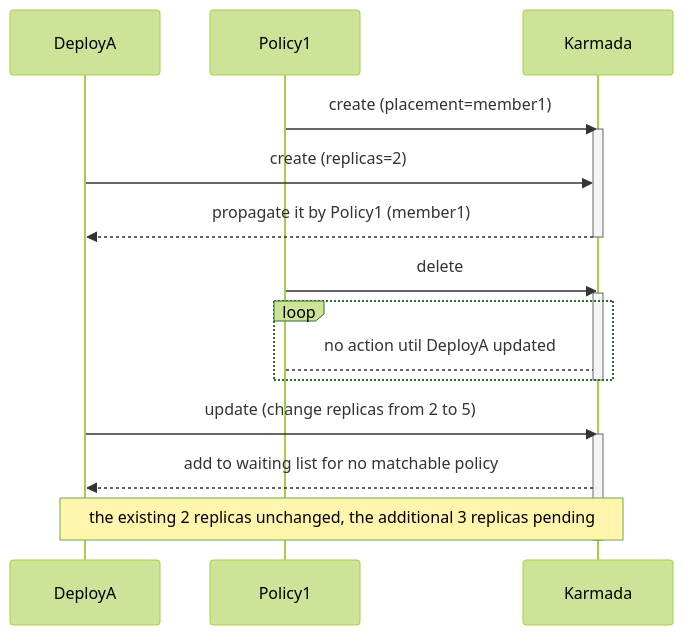
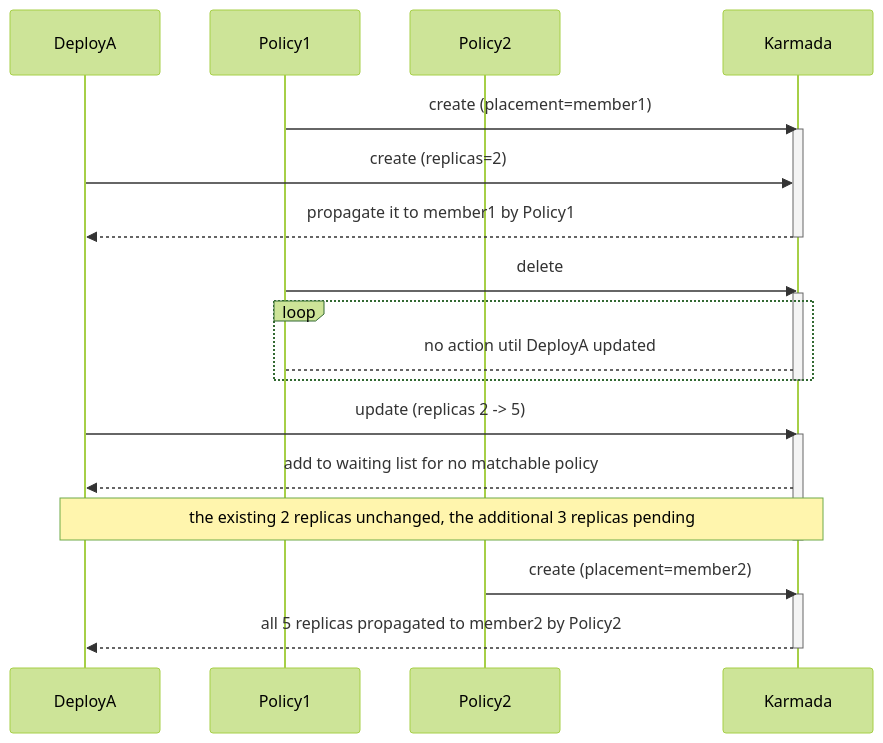
One commit to guoqinwill/karmada changed the sixth of 6 diagrams in docs/proposals/scheduling/policy-effetive-strategy/statization-of-propagation-policy.md. Above: the diagram before and after it, drawn with Mermaid (forest theme). The commit also changed other lines of this file, not shown here.

````diff
--- a/docs/proposals/scheduling/policy-effetive-strategy/statization-of-propagation-policy.md
+++ b/docs/proposals/scheduling/policy-effetive-strategy/statization-of-propagation-policy.md
@@ -341,25 +342,31 @@
 ```mermaid
 sequenceDiagram
   participant DeployA
   participant Policy1
+  participant Policy2
   participant Karmada
 
   Policy1 ->> Karmada: create (placement=member1)
   activate Karmada
   DeployA ->> Karmada: create (replicas=2)
-  Karmada -->> DeployA: propagate it by Policy1 (member1)
+  Karmada -->> DeployA: propagate it to member1 by Policy1
   deactivate Karmada
   
   Policy1 ->> Karmada: delete
   activate Karmada
   loop
     Policy1 --> Karmada: no action util DeployA updated
   end
   deactivate Karmada
 
-  DeployA ->> Karmada: update (change replicas from 2 to 5)
+  DeployA ->> Karmada: update (replicas 2 -> 5)
   activate Karmada
   Karmada -->> DeployA: add to waiting list for no matchable policy
   Note over DeployA, Karmada: the existing 2 replicas unchanged, the additional 3 replicas pending
   deactivate Karmada
+
+  Policy2 ->> Karmada: create (placement=member2)
+  activate Karmada
+  Karmada -->> DeployA: all 5 replicas propagated to member2 by Policy2
+  deactivate Karmada
 ```
````
